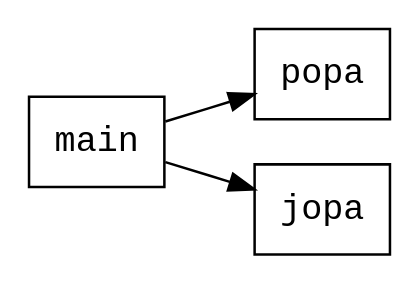
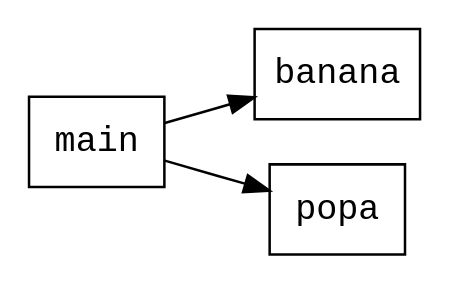
Before and after one commit to ArtemkaSheremetev/ProgLangs: the diagram in build/callgraph.dot, drawn with Graphviz. The commit also changed 21 other files, not shown here.

```diff
--- a/build/callgraph.dot
+++ b/build/callgraph.dot
@@ -1,11 +1,10 @@
 digraph CallGraph {
   rankdir=LR;
   node [shape=box, fontname="Courier"];
 
-  "popa";
   "main";
 
   // edges
-  "main" -> "jopa";
+  "main" -> "banana";
   "main" -> "popa";
 }
```
